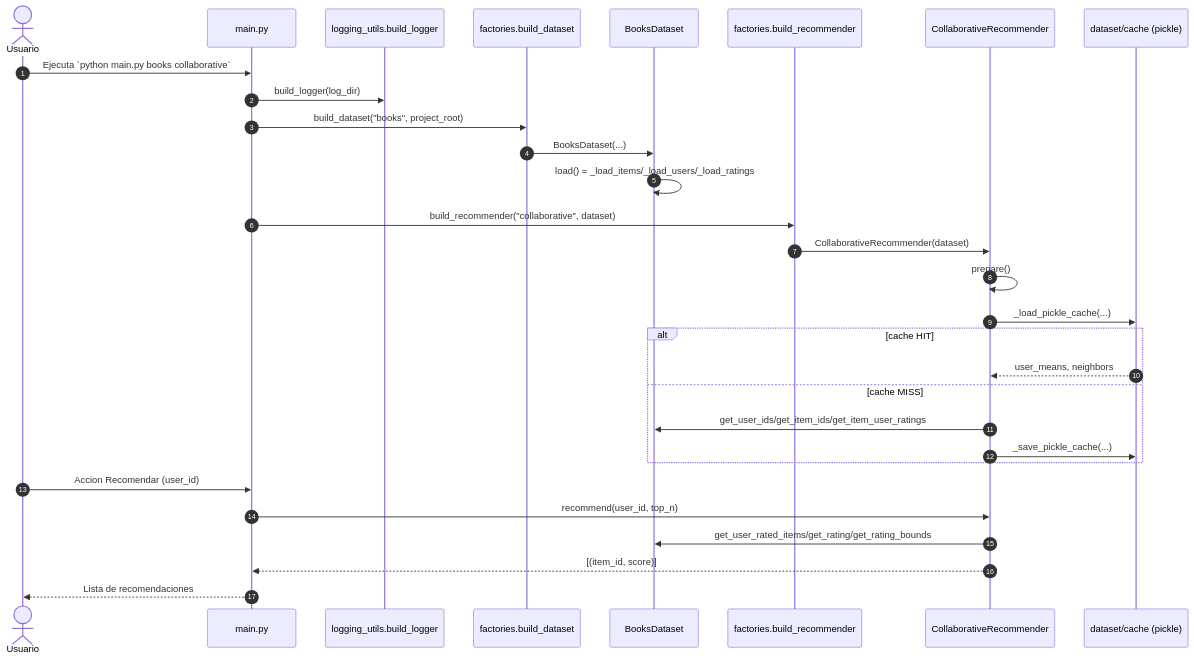
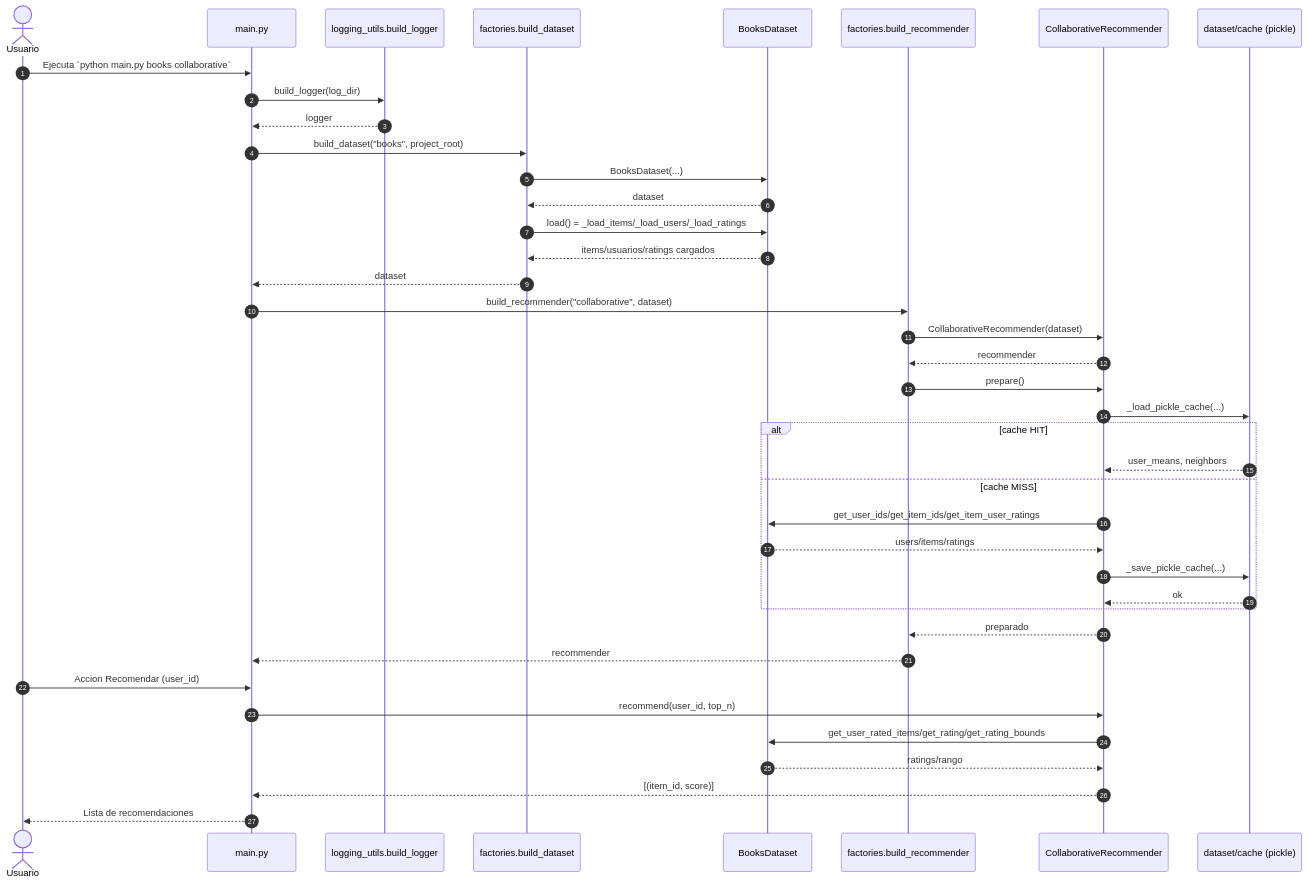
The third of 7 diagrams in README.md (Braisfabrega/modular-recommender), drawn with Mermaid before and after one commit. The commit also changed other lines of this file, not shown here.

Commit message:
fix: diagrama de secuancia 1

````diff
--- a/README.md
+++ b/README.md
@@ -197,33 +207,43 @@
 ```mermaid
 sequenceDiagram
   autonumber
   actor Usuario
   participant Main as main.py
   participant Logger as logging_utils.build_logger
   participant Factory as factories.build_dataset
   participant Dataset as BooksDataset
   participant RecFactory as factories.build_recommender
   participant Recommender as CollaborativeRecommender
   participant Cache as dataset/cache (pickle)
 
   Usuario->>Main: Ejecuta `python main.py books collaborative`
   Main->>Logger: build_logger(log_dir)
+  Logger-->>Main: logger
   Main->>Factory: build_dataset("books", project_root)
   Factory->>Dataset: BooksDataset(...)
-  Dataset->>Dataset: load() = _load_items/_load_users/_load_ratings
+  Dataset-->>Factory: dataset
+  Factory->>Dataset: load() = _load_items/_load_users/_load_ratings
+  Dataset-->>Factory: items/usuarios/ratings cargados
+  Factory-->>Main: dataset
   Main->>RecFactory: build_recommender("collaborative", dataset)
   RecFactory->>Recommender: CollaborativeRecommender(dataset)
-  Recommender->>Recommender: prepare()
+  Recommender-->>RecFactory: recommender
+  RecFactory->>Recommender: prepare()
   Recommender->>Cache: _load_pickle_cache(...)
   alt cache HIT
     Cache-->>Recommender: user_means, neighbors
   else cache MISS
     Recommender->>Dataset: get_user_ids/get_item_ids/get_item_user_ratings
+    Dataset-->>Recommender: users/items/ratings
     Recommender->>Cache: _save_pickle_cache(...)
+    Cache-->>Recommender: ok
   end
+  Recommender-->>RecFactory: preparado
+  RecFactory-->>Main: recommender
   Usuario->>Main: Accion Recomendar (user_id)
   Main->>Recommender: recommend(user_id, top_n)
   Recommender->>Dataset: get_user_rated_items/get_rating/get_rating_bounds
+  Dataset-->>Recommender: ratings/rango
   Recommender-->>Main: [(item_id, score)]
   Main-->>Usuario: Lista de recomendaciones
 ```
````
